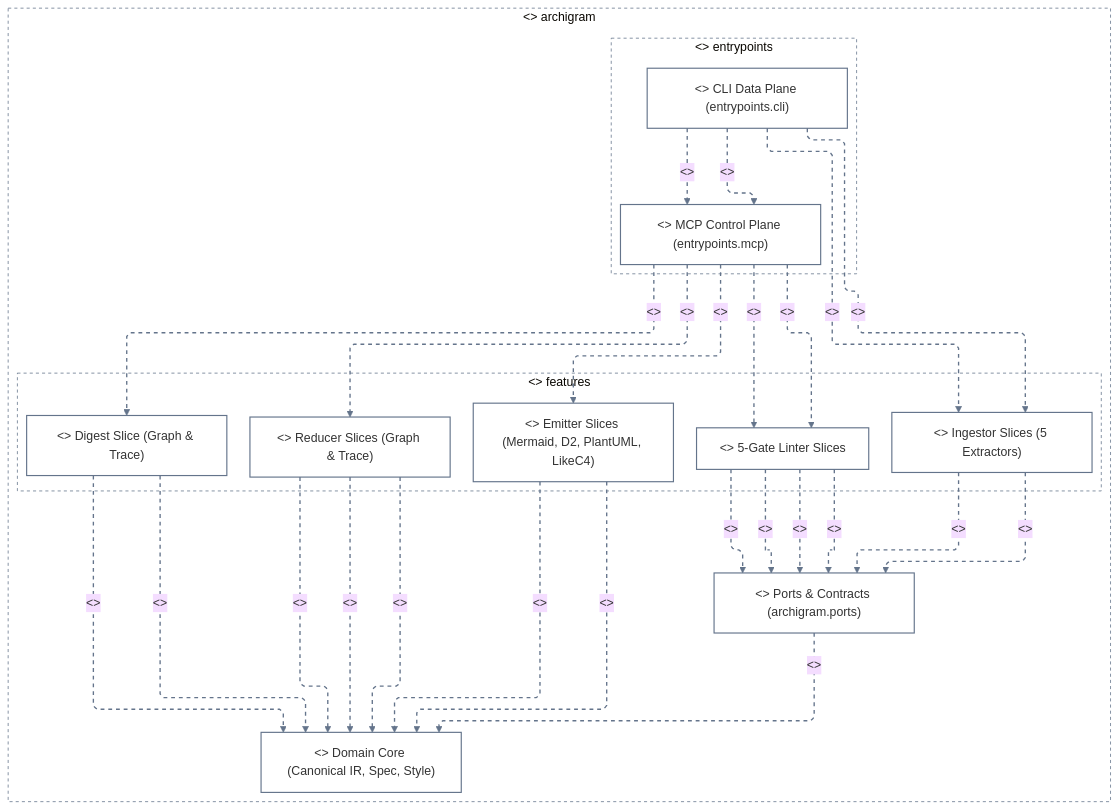
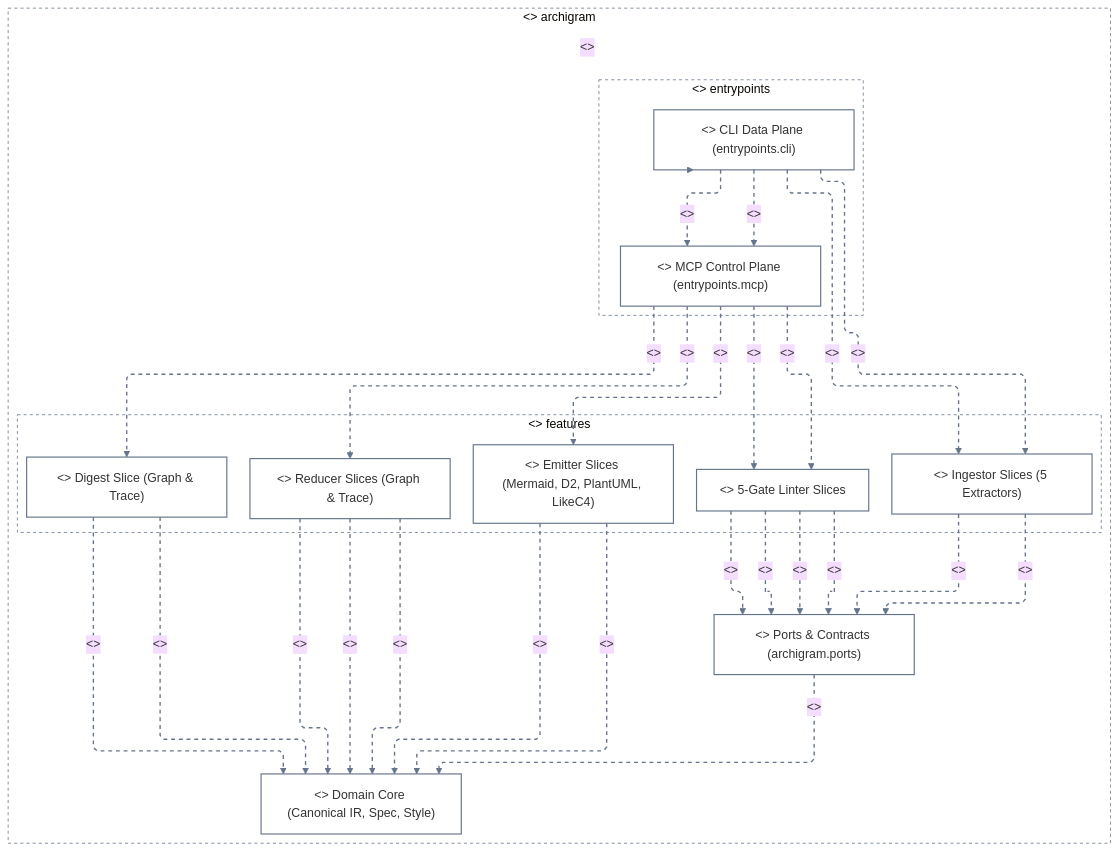
One commit to klcd/archigram changed the third of 8 diagrams in docs/architecture/uml-and-curation-showcase.md. Above: the diagram before and after it, drawn with Mermaid (base theme). The commit also changed other lines of this file and 39 other files, not shown here.

````diff
--- a/docs/architecture/uml-and-curation-showcase.md
+++ b/docs/architecture/uml-and-curation-showcase.md
@@ -323,56 +324,57 @@
 ```mermaid
 ---
 config:
   layout: elk
   elk:
     mergeEdges: false
     nodePlacementStrategy: BRANDES_KOEPF
   flowchart:
     defaultRenderer: elk
     curve: linear
 ---
 flowchart TD
   classDef default fill:transparent,stroke:#64748b,stroke-width:1.5px
   subgraph n0["<<package>> archigram"]
     subgraph n1["<<package>> entrypoints"]
       n3["<<package>> CLI Data Plane (entrypoints.cli)"]
       n10["<<package>> MCP Control Plane (entrypoints.mcp)"]
     end
     subgraph n2["<<package>> features"]
       n5["<<package>> Digest Slice (Graph & Trace)"]
       n6["<<package>> Emitter Slices (Mermaid, D2, PlantUML, LikeC4)"]
       n7["<<package>> Ingestor Slices (5 Extractors)"]
       n8["<<package>> 5-Gate Linter Slices"]
       n9["<<package>> Reducer Slices (Graph & Trace)"]
     end
     n4["<<package>> Domain Core (Canonical IR, Spec, Style)"]
     n11["<<package>> Ports & Contracts (archigram.ports)"]
   end
   style n0 fill:transparent,stroke:#64748b,stroke-width:1px,stroke-dasharray:4 4
   style n1 fill:transparent,stroke:#64748b,stroke-width:1px,stroke-dasharray:4 4
   style n2 fill:transparent,stroke:#64748b,stroke-width:1px,stroke-dasharray:4 4
+  n3 -.->|"<<import>>"| n0
   n10 -.->|"<<import>>"| n5
   n5 -.->|"<<import>>"| n4
   n9 -.->|"<<import>>"| n4
   n9 -.->|"<<import>>"| n4
   n5 -.->|"<<import>>"| n4
   n11 -.->|"<<import>>"| n4
   n9 -.->|"<<import>>"| n4
   n6 -.->|"<<import>>"| n4
   n6 -.->|"<<import>>"| n4
   n10 -.->|"<<import>>"| n6
   n3 -.->|"<<import>>"| n7
   n3 -.->|"<<import>>"| n7
   n10 -.->|"<<import>>"| n8
   n10 -.->|"<<import>>"| n8
   n3 -.->|"<<import>>"| n10
   n3 -.->|"<<import>>"| n10
   n8 -.->|"<<import>>"| n11
   n7 -.->|"<<import>>"| n11
   n8 -.->|"<<import>>"| n11
   n8 -.->|"<<import>>"| n11
   n7 -.->|"<<import>>"| n11
   n8 -.->|"<<import>>"| n11
   n10 -.->|"<<import>>"| n9
-  linkStyle 0,1,2,3,4,5,6,7,8,9,10,11,12,13,14,15,16,17,18,19,20,21,22 stroke:#64748b,stroke-width:1.75px,stroke-dasharray:5 5
+  linkStyle 0,1,2,3,4,5,6,7,8,9,10,11,12,13,14,15,16,17,18,19,20,21,22,23 stroke:#64748b,stroke-width:1.75px,stroke-dasharray:5 5
 ```
````
